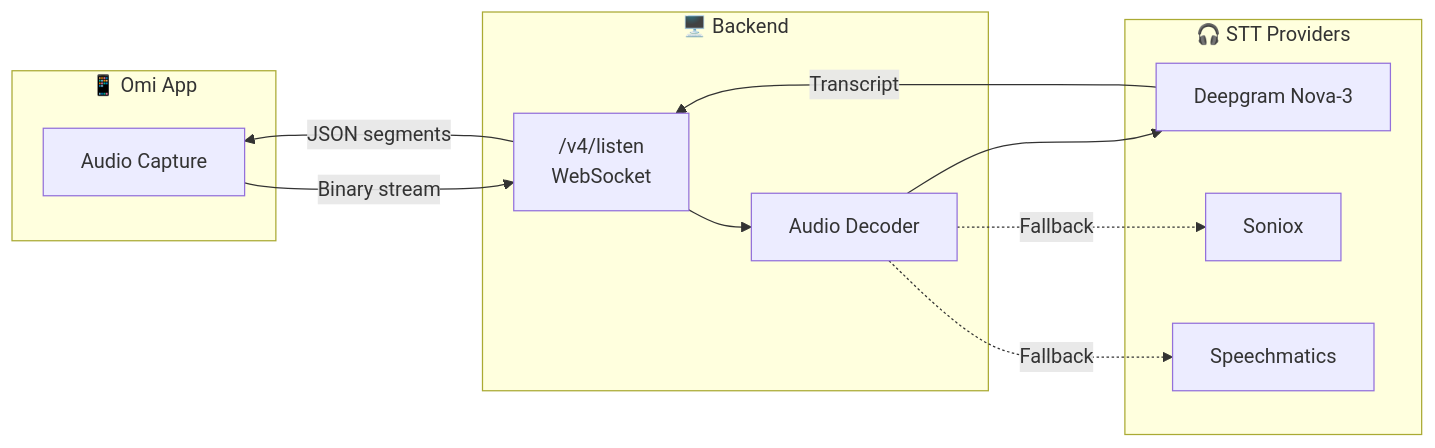
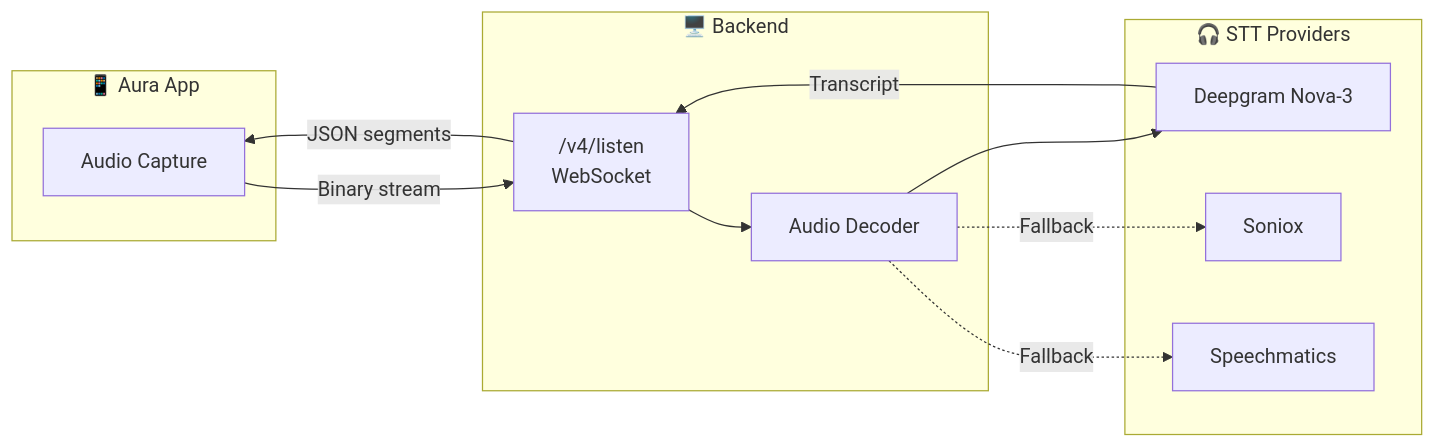
One commit to thesohamdatta/Aura-Wearable-AI changed the first of 5 diagrams in docs/doc/developer/backend/transcription.mdx. Above: the diagram before and after it, drawn with Mermaid. The commit also changed other lines of this file and 161 other files, not shown here.

Commit message:
chore: sanitize Omi branding to Aura across repository

````diff
--- a/docs/doc/developer/backend/transcription.mdx
+++ b/docs/doc/developer/backend/transcription.mdx
@@ -10,25 +10,25 @@
 ```mermaid
 flowchart LR
-    subgraph Client["📱 Omi App"]
+    subgraph Client["📱 Aura App"]
         Audio[Audio Capture]
     end
 
     subgraph Backend["🖥️ Backend"]
         WS["/v4/listen<br/>WebSocket"]
         Decode[Audio Decoder]
     end
 
     subgraph STT["🎧 STT Providers"]
         DG[Deepgram Nova-3]
         Soniox[Soniox]
         SM[Speechmatics]
     end
 
     Audio -->|Binary stream| WS
     WS --> Decode
     Decode --> DG
     Decode -.->|Fallback| Soniox
     Decode -.->|Fallback| SM
     DG -->|Transcript| WS
     WS -->|JSON segments| Audio
 ```
````
